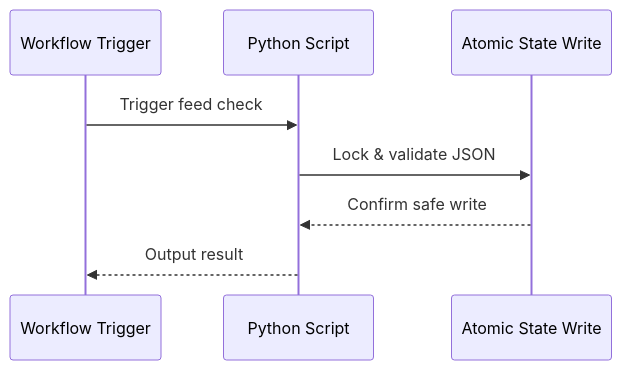
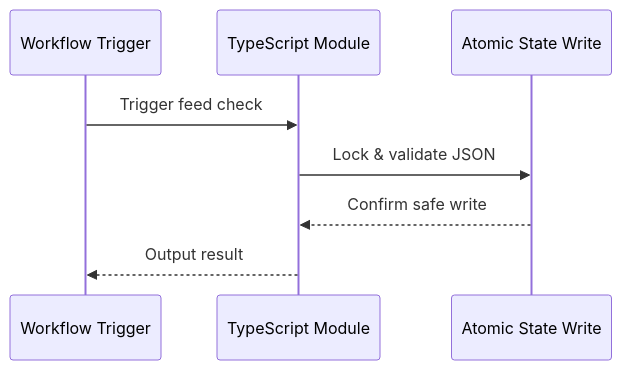
The third of 3 diagrams in .agents/bugs/BUG-001-state-file-corruption.md (HELIX-Origin/Discord-RSS), drawn with Mermaid before and after one commit. The commit also changed other lines of this file and 126 other files, not shown here.

````diff
--- a/.agents/bugs/BUG-001-state-file-corruption.md
+++ b/.agents/bugs/BUG-001-state-file-corruption.md
@@ -63,10 +63,10 @@
 ```mermaid
 sequenceDiagram
     participant User as Workflow Trigger
-    participant Handler as Python Script
+    participant Handler as TypeScript Module
     participant Fix as Atomic State Write
     User->>Handler: Trigger feed check
     Handler->>Fix: Lock & validate JSON
     Fix-->>Handler: Confirm safe write
     Handler-->>User: Output result
 ```
````
